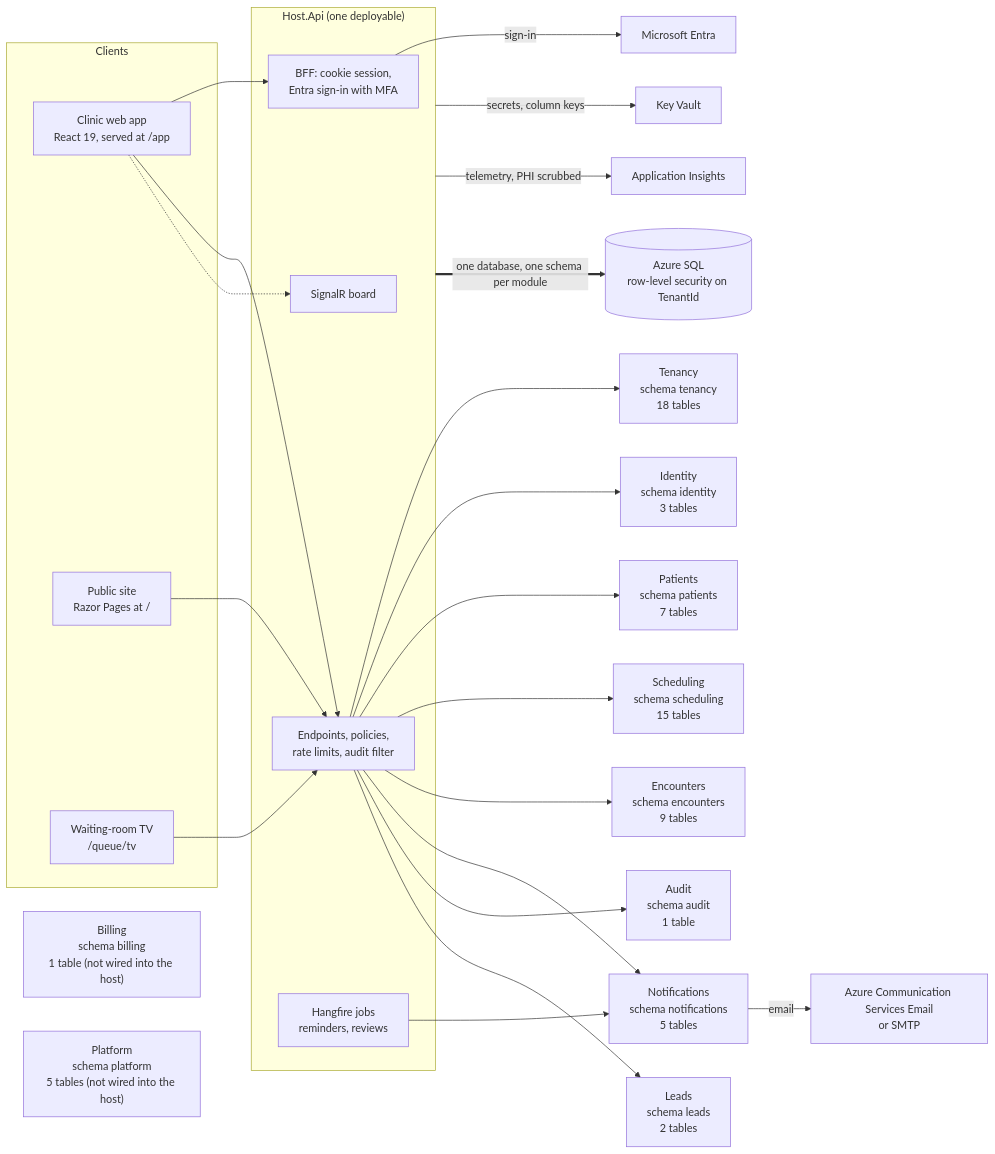
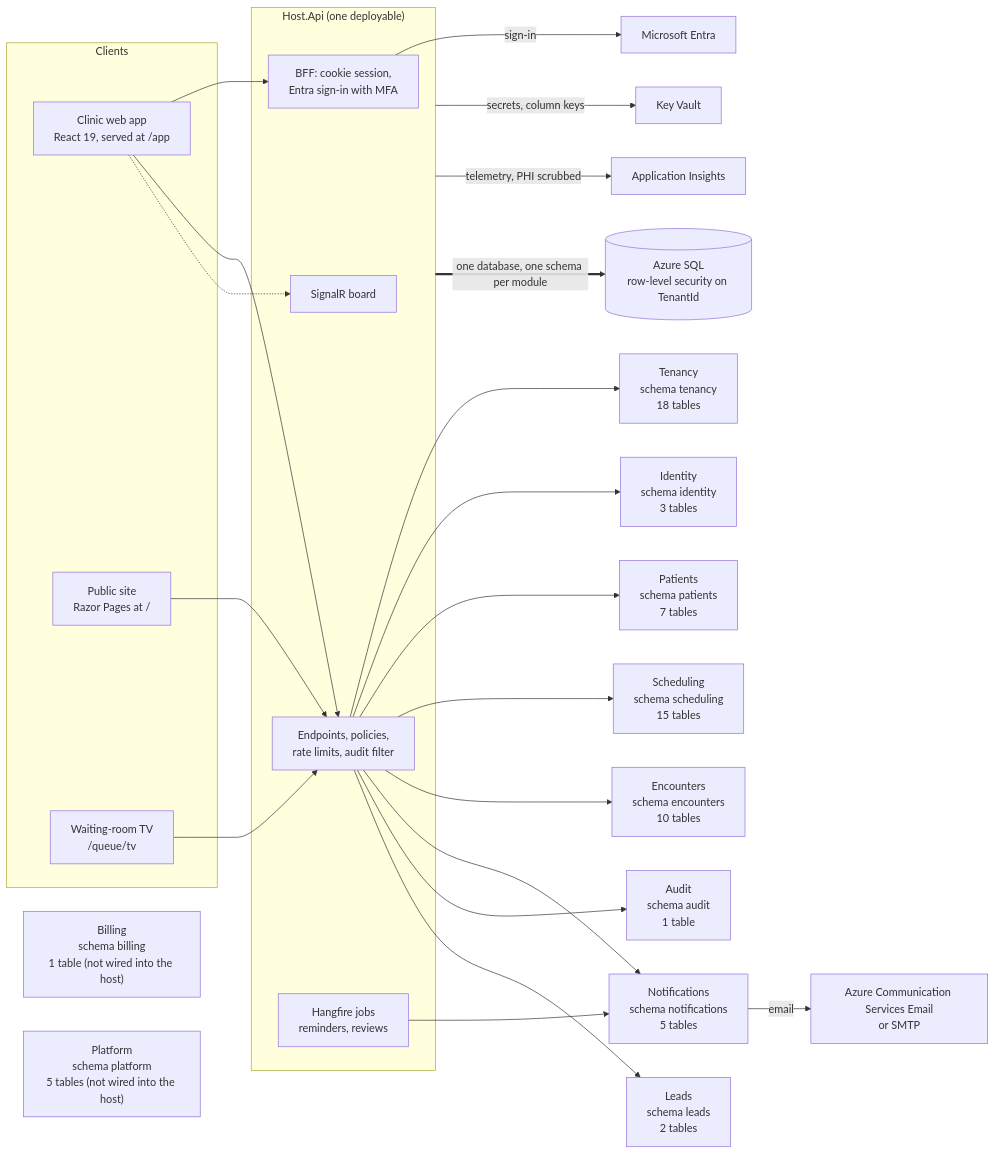
The first of 13 diagrams in docs/03-architecture/erd.md (ALFRED-LUCIFER/medvya), drawn with Mermaid before and after one commit. The commit also changed other lines of this file and 14 other files, not shown here.

````diff
--- a/docs/03-architecture/erd.md
+++ b/docs/03-architecture/erd.md
@@ -15,35 +15,35 @@
 ```mermaid
 flowchart LR
   subgraph Clients
     web["Clinic web app<br/>React 19, served at /app"]
     site["Public site<br/>Razor Pages at /"]
     tv["Waiting-room TV<br/>/queue/tv"]
   end
   subgraph Host["Host.Api (one deployable)"]
     bff["BFF: cookie session,<br/>Entra sign-in with MFA"]
     api["Endpoints, policies,<br/>rate limits, audit filter"]
     hub["SignalR board"]
     jobs["Hangfire jobs<br/>reminders, reviews"]
   end
   web --> bff
   web --> api
   web -.-> hub
   tv --> api
   site --> api
   api --> Tenancy["Tenancy<br/>schema tenancy<br/>18 tables"]
   api --> Identity["Identity<br/>schema identity<br/>3 tables"]
   api --> Patients["Patients<br/>schema patients<br/>7 tables"]
   api --> Scheduling["Scheduling<br/>schema scheduling<br/>15 tables"]
-  api --> Encounters["Encounters<br/>schema encounters<br/>9 tables"]
+  api --> Encounters["Encounters<br/>schema encounters<br/>10 tables"]
   api --> Notifications["Notifications<br/>schema notifications<br/>5 tables"]
   api --> Audit["Audit<br/>schema audit<br/>1 table"]
   api --> Leads["Leads<br/>schema leads<br/>2 tables"]
   Billing["Billing<br/>schema billing<br/>1 table (not wired into the host)"]
   Platform["Platform<br/>schema platform<br/>5 tables (not wired into the host)"]
   jobs --> Notifications
   bff -->|"sign-in"| entra["Microsoft Entra"]
   Notifications -->|"email"| mail["Azure Communication Services Email<br/>or SMTP"]
   Host -->|"secrets, column keys"| kv["Key Vault"]
   Host -->|"telemetry, PHI scrubbed"| ai["Application Insights"]
   Host ==>|"one database, one schema per module"| sql[("Azure SQL<br/>row-level security on TenantId")]
 ```
````
